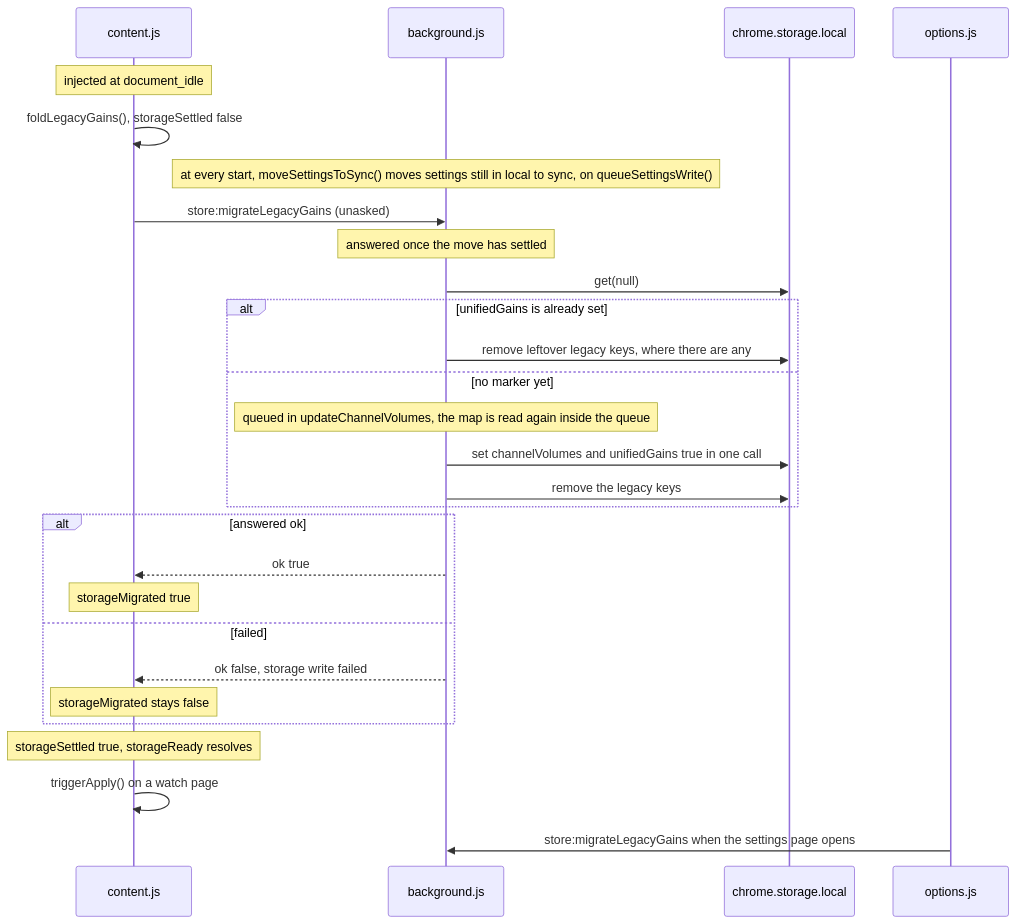
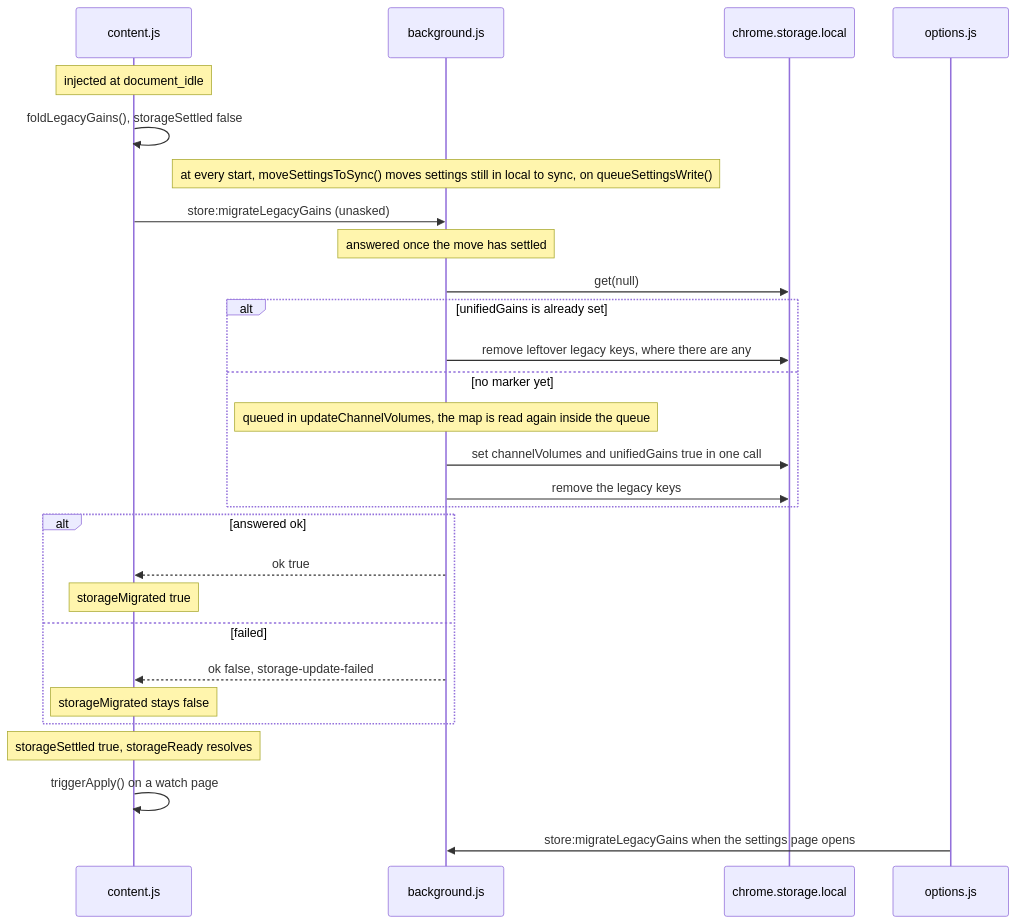
One commit to semnil/yt-channel-volume changed diagram 11 of 14 in docs/gain-change-and-save.md. Above: the diagram before and after it, drawn with Mermaid. The commit also changed other lines of this file and 8 other files, not shown here.

````diff
--- a/docs/gain-change-and-save.md
+++ b/docs/gain-change-and-save.md
@@ -549,30 +549,30 @@
 ```mermaid
 sequenceDiagram
   participant C as content.js
   participant W as background.js
   participant S as chrome.storage.local
   participant O as options.js
   Note over C: injected at document_idle
   C->>C: foldLegacyGains(), storageSettled false
   Note over W: at every start, moveSettingsToSync() moves settings still in local to sync, on queueSettingsWrite()
   C->>W: store:migrateLegacyGains (unasked)
   Note over W: answered once the move has settled
   W->>S: get(null)
   alt unifiedGains is already set
     W->>S: remove leftover legacy keys, where there are any
   else no marker yet
     Note over W: queued in updateChannelVolumes, the map is read again inside the queue
     W->>S: set channelVolumes and unifiedGains true in one call
     W->>S: remove the legacy keys
   end
   alt answered ok
     W-->>C: ok true
     Note over C: storageMigrated true
   else failed
-    W-->>C: ok false, storage write failed
+    W-->>C: ok false, storage-update-failed
     Note over C: storageMigrated stays false
   end
   Note over C: storageSettled true, storageReady resolves
   C->>C: triggerApply() on a watch page
   O->>W: store:migrateLegacyGains when the settings page opens
 ```
````
